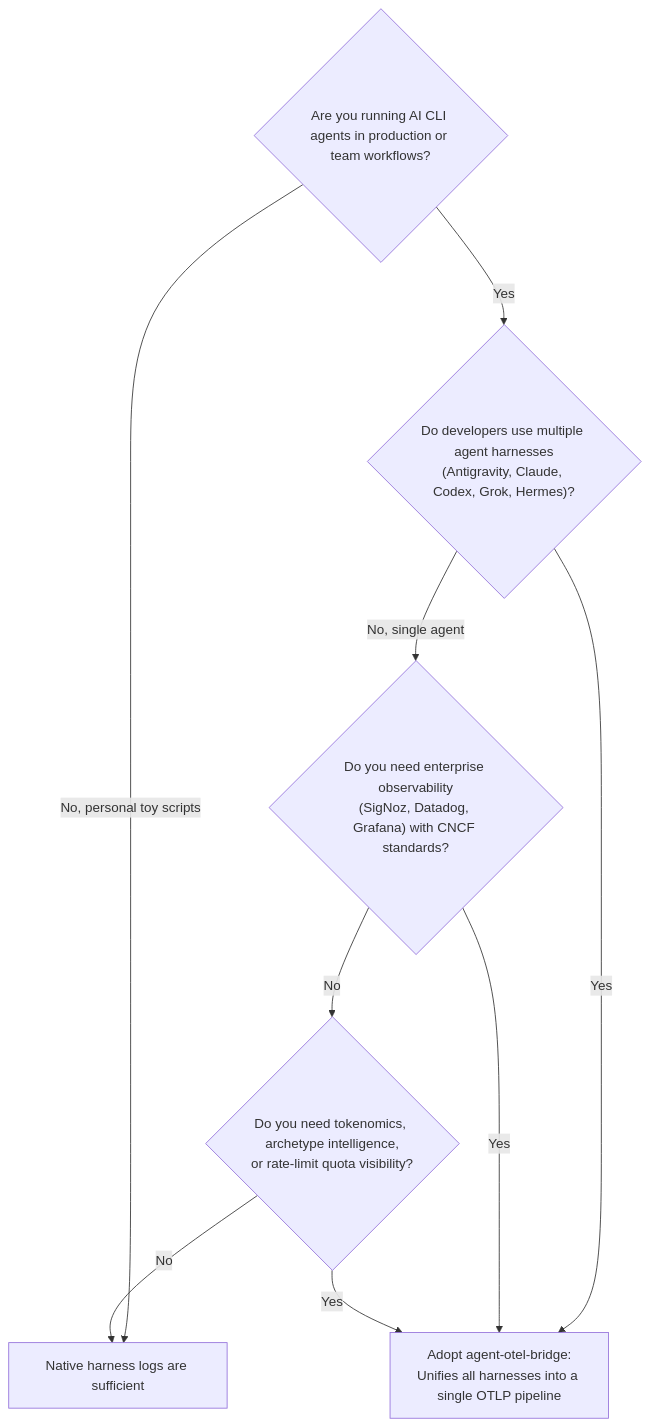
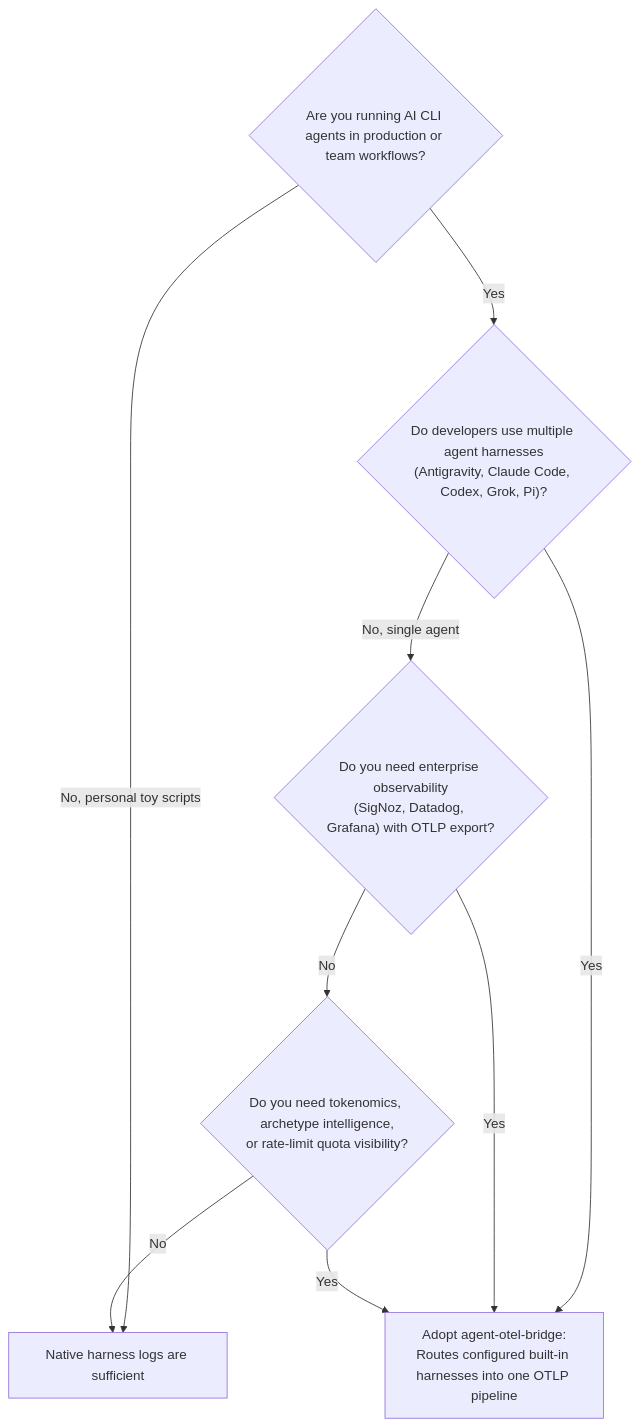
Before and after one commit to smota/agent-otel-bridge: the second of 2 diagrams in docs/WHY_AGENT_OTEL_BRIDGE.md, drawn with Mermaid. The commit also changed other lines of this file and 7 other files, not shown here.

````diff
--- a/docs/WHY_AGENT_OTEL_BRIDGE.md
+++ b/docs/WHY_AGENT_OTEL_BRIDGE.md
@@ -120,15 +124,15 @@
 ```mermaid
 flowchart TD
     Q1{"Are you running AI CLI agents in production or team workflows?"}
     Q1 -->|No, personal toy scripts| Native["Native harness logs are sufficient"]
-    Q1 -->|Yes| Q2{"Do developers use multiple agent harnesses<br/>(Antigravity, Claude, Codex, Grok, Hermes)?"}
+    Q1 -->|Yes| Q2{"Do developers use multiple agent harnesses<br/>(Antigravity, Claude Code, Codex, Grok, Pi)?"}
     
-    Q2 -->|Yes| Adopt["Adopt agent-otel-bridge:<br/>Unifies all harnesses into a single OTLP pipeline"]
-    Q2 -->|No, single agent| Q3{"Do you need enterprise observability<br/>(SigNoz, Datadog, Grafana) with CNCF standards?"}
+    Q2 -->|Yes| Adopt["Adopt agent-otel-bridge:<br/>Routes configured built-in harnesses into one OTLP pipeline"]
+    Q2 -->|No, single agent| Q3{"Do you need enterprise observability<br/>(SigNoz, Datadog, Grafana) with OTLP export?"}
     
     Q3 -->|Yes| Adopt
     Q3 -->|No| Q4{"Do you need tokenomics, archetype intelligence,<br/>or rate-limit quota visibility?"}
     
     Q4 -->|Yes| Adopt
     Q4 -->|No| Native
 ```
````
